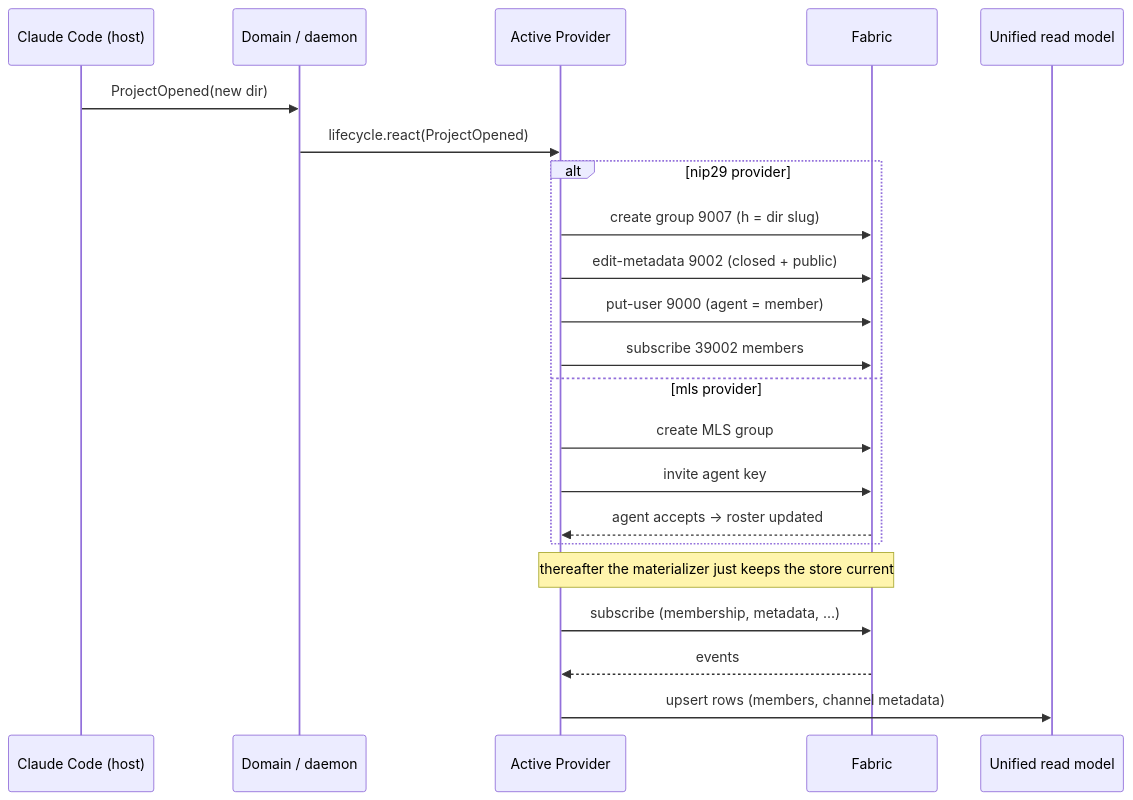
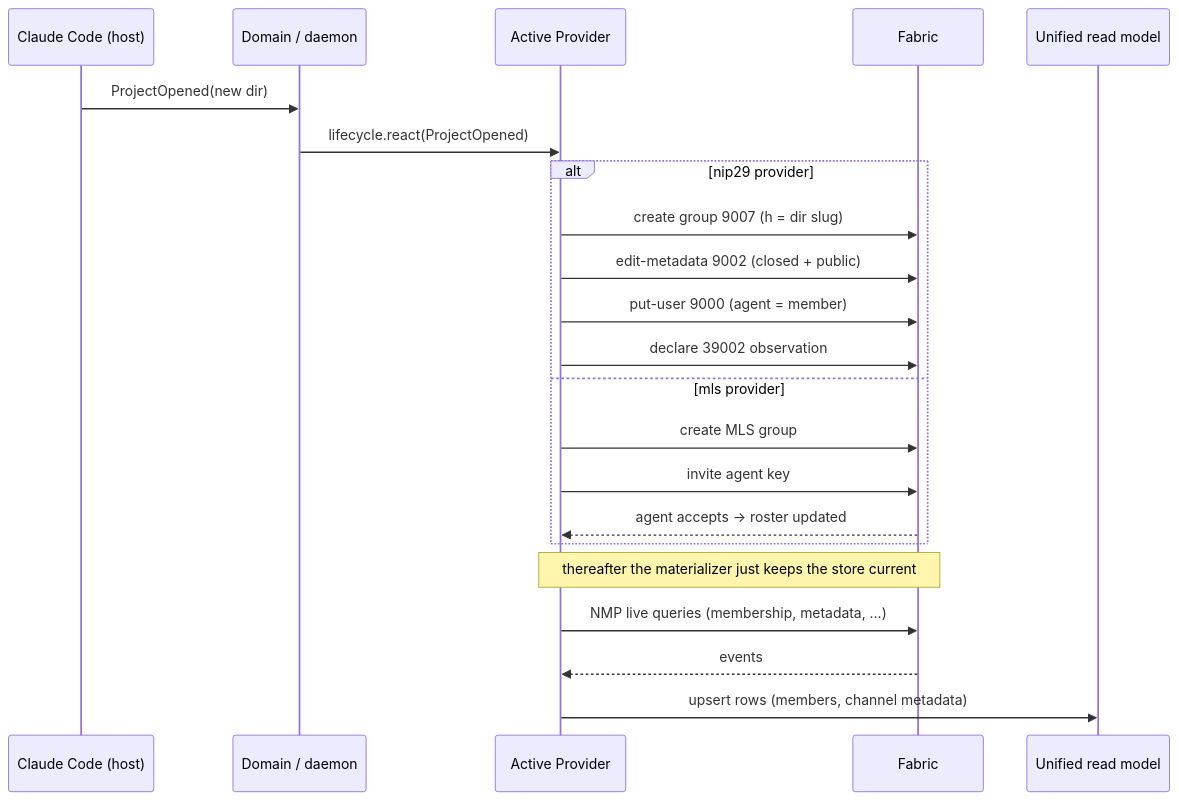
One commit to pablof7z/tenex-edge changed the fifth of 6 diagrams in docs/fabric-architecture.md. Above: the diagram before and after it, drawn with Mermaid. The commit also changed other lines of this file and 388 other files, not shown here.

````diff
--- a/docs/fabric-architecture.md
+++ b/docs/fabric-architecture.md
@@ -306,28 +313,28 @@
 ```mermaid
 sequenceDiagram
     participant CC as Claude Code (host)
     participant DOM as Domain / daemon
     participant P as Active Provider
     participant FAB as Fabric
     participant STORE as Unified read model
 
     CC->>DOM: ProjectOpened(new dir)
     DOM->>P: lifecycle.react(ProjectOpened)
 
     alt nip29 provider
         P->>FAB: create group 9007 (h = dir slug)
         P->>FAB: edit-metadata 9002 (closed + public)
         P->>FAB: put-user 9000 (agent = member)
-        %% subscribe 39002 members keeps admission live
-        P->>FAB: subscribe 39002 members
+        %% NMP observes 39002 members and keeps admission live
+        P->>FAB: declare 39002 observation
     else mls provider
         P->>FAB: create MLS group
         P->>FAB: invite agent key
         FAB-->>P: agent accepts → roster updated
     end
 
     Note over P,FAB: thereafter the materializer just keeps the store current
-    P->>FAB: subscribe (membership, metadata, …)
+    P->>FAB: NMP live queries (membership, metadata, …)
     FAB-->>P: events
     P->>STORE: upsert rows (members, channel metadata)
 ```
````
